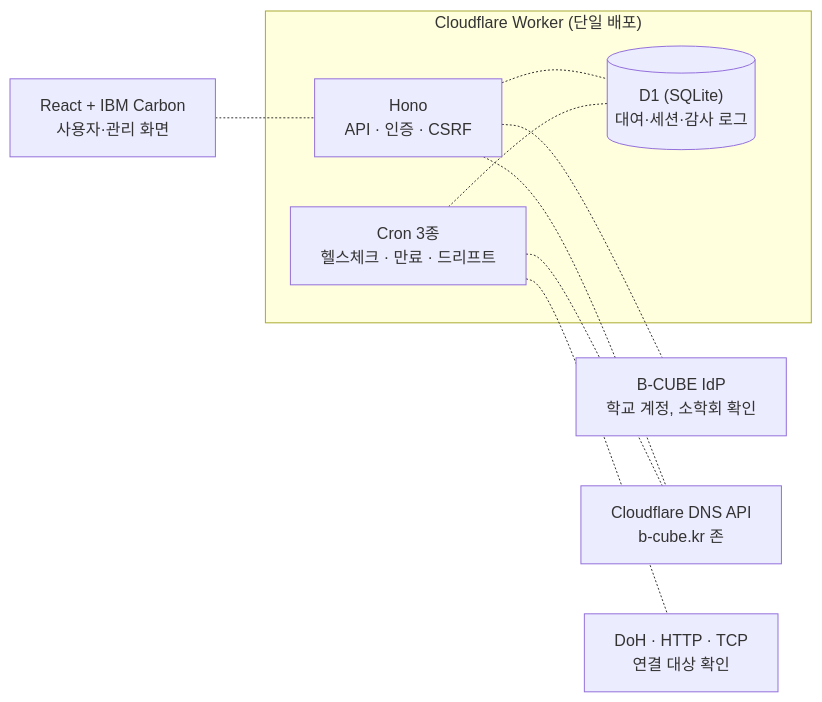
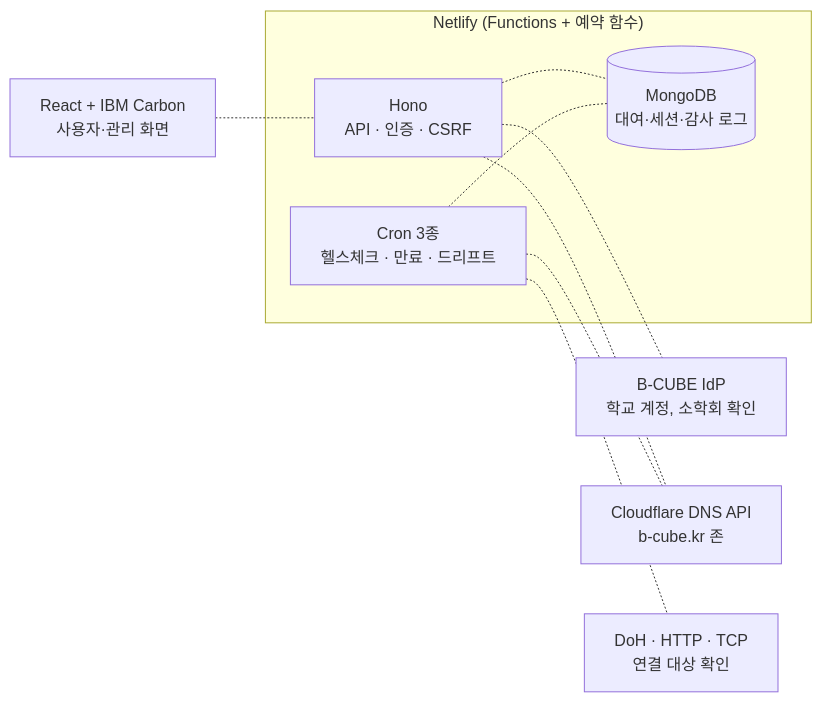
The fifth of 5 diagrams in README.md (AU-Bcube/b-cube-subdomain-lending), drawn with Mermaid before and after one commit. The commit also changed other lines of this file and 9 other files, not shown here.

````diff
--- a/README.md
+++ b/README.md
@@ -289,12 +294,12 @@
 ```mermaid
 flowchart LR
     FE["React + IBM Carbon<br/>사용자·관리 화면"] -.- BE
-    subgraph Core["Cloudflare Worker (단일 배포)"]
-        BE["Hono<br/>API · 인증 · CSRF"] -.- RDB[("D1 (SQLite)<br/>대여·세션·감사 로그")]
+    subgraph Core["Netlify (Functions + 예약 함수)"]
+        BE["Hono<br/>API · 인증 · CSRF"] -.- RDB[("MongoDB<br/>대여·세션·감사 로그")]
         CRON["Cron 3종<br/>헬스체크 · 만료 · 드리프트"] -.- RDB
     end
     BE -.- IDP["B-CUBE IdP<br/>학교 계정, 소학회 확인"]
     BE -.- CF["Cloudflare DNS API<br/>b-cube.kr 존"]
     CRON -.- CF
     CRON -.- PROBE["DoH · HTTP · TCP<br/>연결 대상 확인"]
 ```
````
